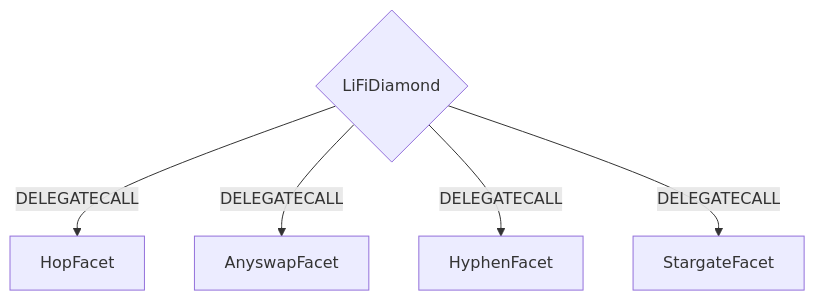
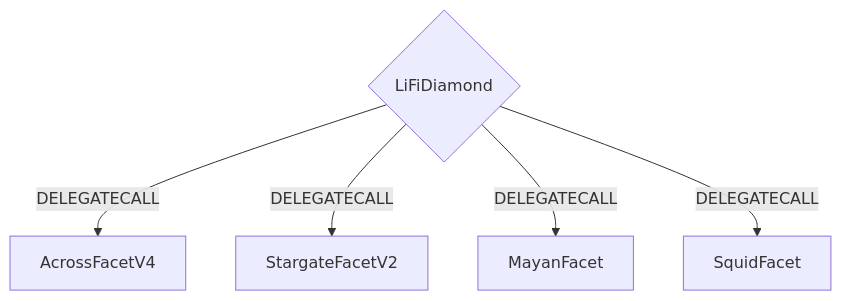
One commit to lifinance/contracts changed the first of 2 diagrams in README.md. Above: the diagram before and after it, drawn with Mermaid. The commit also changed other lines of this file and 34 other files, not shown here.

````diff
--- a/README.md
+++ b/README.md
@@ -100,7 +100,7 @@
 ```mermaid
 graph TD;
-    D{LiFiDiamond}-- DELEGATECALL -->HopFacet;
-    D{LiFiDiamond}-- DELEGATECALL -->AnyswapFacet;
-    D{LiFiDiamond}-- DELEGATECALL -->HyphenFacet;
-    D{LiFiDiamond}-- DELEGATECALL -->StargateFacet;
+    D{LiFiDiamond}-- DELEGATECALL -->AcrossFacetV4;
+    D{LiFiDiamond}-- DELEGATECALL -->StargateFacetV2;
+    D{LiFiDiamond}-- DELEGATECALL -->MayanFacet;
+    D{LiFiDiamond}-- DELEGATECALL -->SquidFacet;
 ```
````
